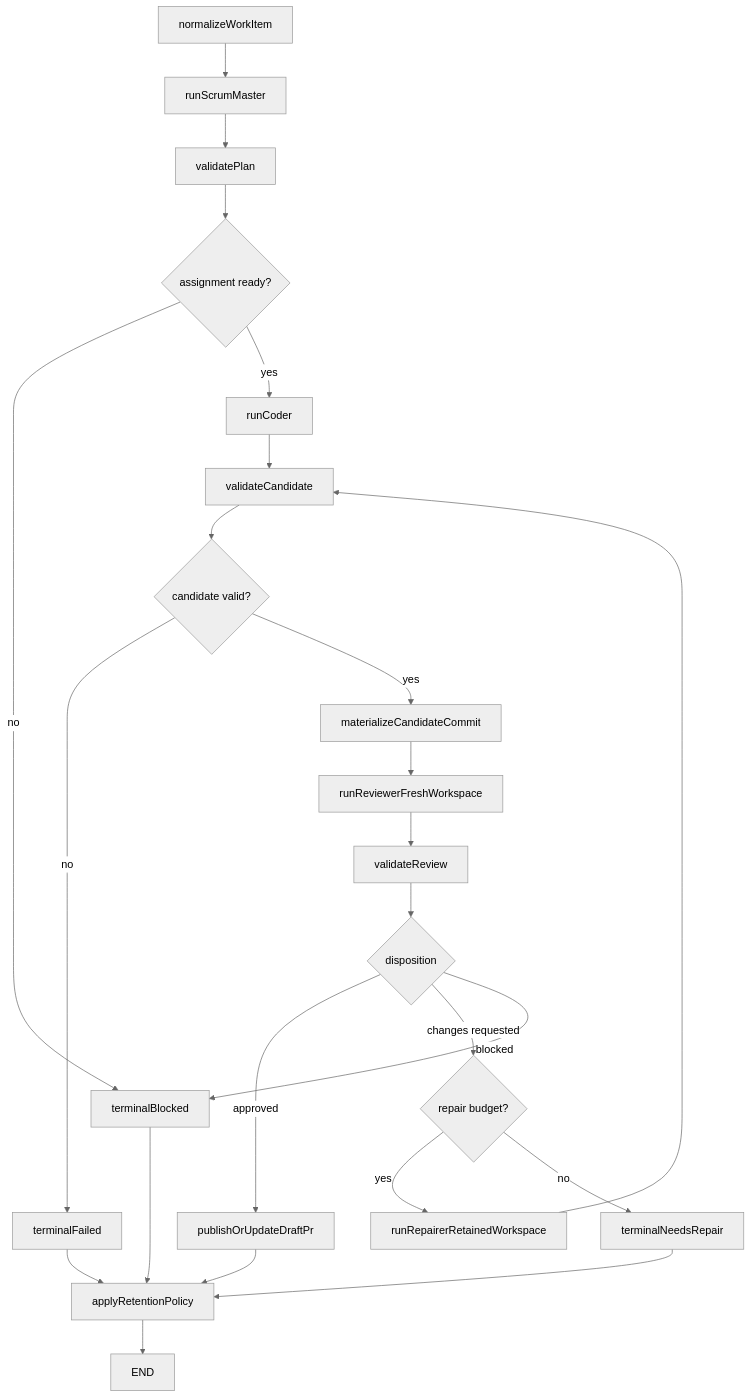
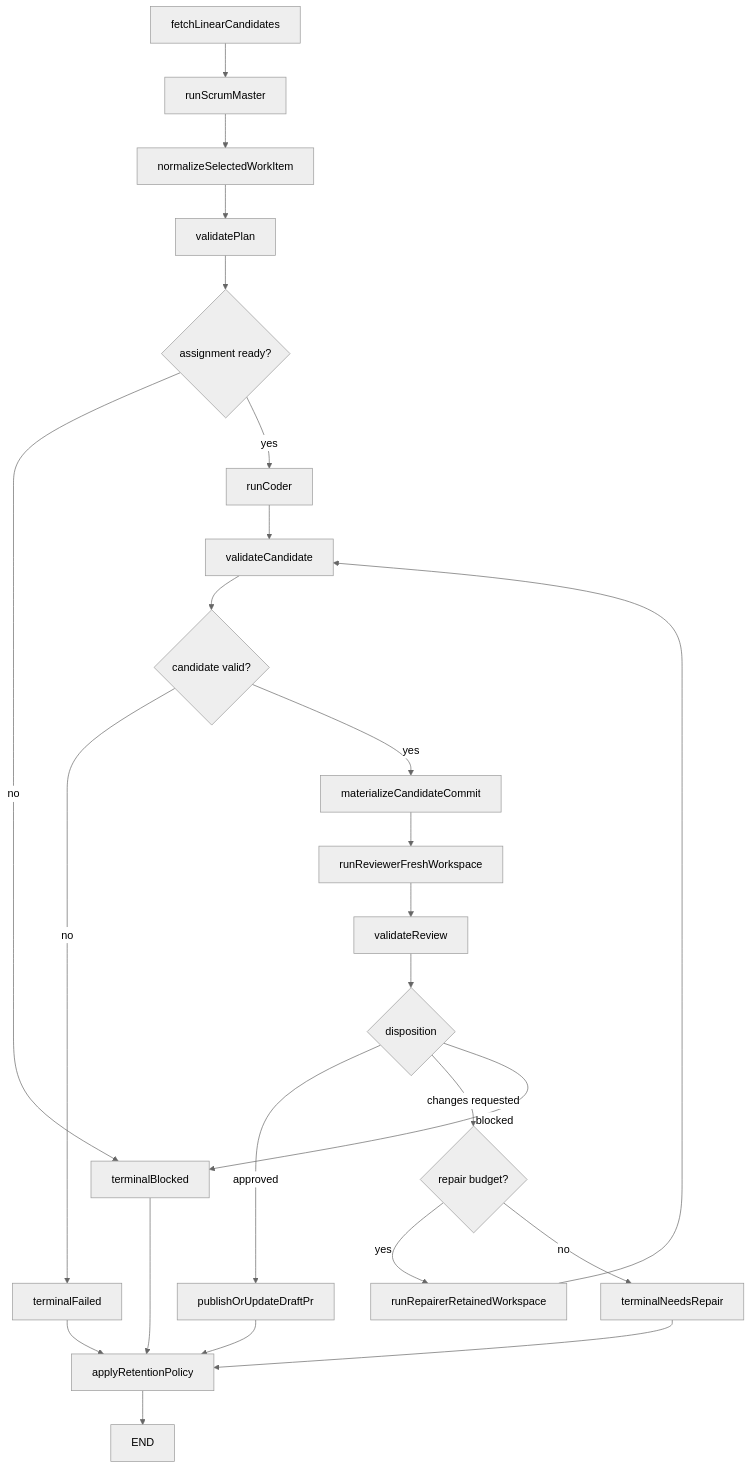
One commit to AndrewCraswell/agency changed the diagram in apps/agentic/docs/agent-platform/phase-3-local-specialized-agent-chain.md. Above: the diagram before and after it, drawn with Mermaid (neutral theme). The commit also changed other lines of this file and 44 other files, not shown here.

````diff
--- a/apps/agentic/docs/agent-platform/phase-3-local-specialized-agent-chain.md
+++ b/apps/agentic/docs/agent-platform/phase-3-local-specialized-agent-chain.md
@@ -33,26 +54,27 @@
 ```mermaid
 flowchart TD
-    A[normalizeWorkItem] --> B[runScrumMaster]
-    B --> C[validatePlan]
-    C --> D{assignment ready?}
-    D -->|no| X[terminalBlocked]
-    D -->|yes| E[runCoder]
-    E --> F[validateCandidate]
-    F --> G{candidate valid?}
-    G -->|no| Y[terminalFailed]
-    G -->|yes| H[materializeCandidateCommit]
-    H --> I[runReviewerFreshWorkspace]
-    I --> J[validateReview]
-    J --> K{disposition}
-    K -->|approved| L[publishOrUpdateDraftPr]
-    K -->|changes requested| M{repair budget?}
-    K -->|blocked| X
-    M -->|yes| N[runRepairerRetainedWorkspace]
-    M -->|no| O[terminalNeedsRepair]
-    N --> F
-    L --> P[applyRetentionPolicy]
-    X --> P
-    Y --> P
-    O --> P
-    P --> Q[END]
+      A[fetchLinearCandidates] --> B[runScrumMaster]
+      B --> C[normalizeSelectedWorkItem]
+      C --> D[validatePlan]
+      D --> E{assignment ready?}
+      E -->|no| X[terminalBlocked]
+      E -->|yes| F[runCoder]
+      F --> G[validateCandidate]
+      G --> H{candidate valid?}
+      H -->|no| Y[terminalFailed]
+      H -->|yes| I[materializeCandidateCommit]
+      I --> J[runReviewerFreshWorkspace]
+      J --> K[validateReview]
+      K --> L{disposition}
+      L -->|approved| M[publishOrUpdateDraftPr]
+      L -->|changes requested| N{repair budget?}
+      L -->|blocked| X
+      N -->|yes| O[runRepairerRetainedWorkspace]
+      N -->|no| P[terminalNeedsRepair]
+      O --> G
+      M --> Q[applyRetentionPolicy]
+      X --> Q
+      Y --> Q
+      P --> Q
+      Q --> R[END]
 ```
````
